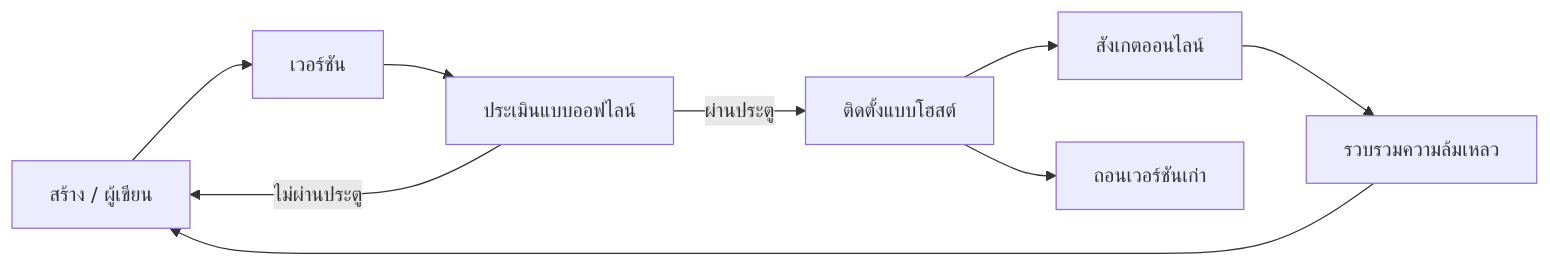
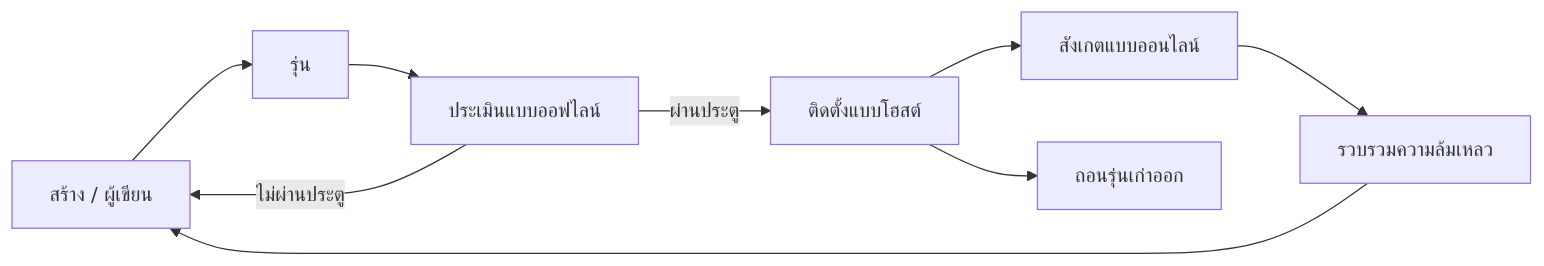
The second of 4 diagrams in translations/th/16-deploying-scalable-agents/README.md (microsoft/ai-agents-for-beginners), drawn with Mermaid before and after one commit. The commit also changed other lines of this file and 46 other files, not shown here.

````diff
--- a/translations/th/16-deploying-scalable-agents/README.md
+++ b/translations/th/16-deploying-scalable-agents/README.md
@@ -108,11 +108,11 @@
 ```mermaid
 flowchart LR
-    Create[สร้าง / ผู้เขียน] --> Version[เวอร์ชัน]
+    Create[สร้าง / ผู้เขียน] --> Version[รุ่น]
     Version --> Evaluate[ประเมินแบบออฟไลน์]
     Evaluate -->|ผ่านประตู| Deploy[ติดตั้งแบบโฮสต์]
     Evaluate -->|ไม่ผ่านประตู| Create
-    Deploy --> Observe[สังเกตออนไลน์]
+    Deploy --> Observe[สังเกตแบบออนไลน์]
     Observe --> Improve[รวบรวมความล้มเหลว]
     Improve --> Create
-    Deploy --> Retire[ถอนเวอร์ชันเก่า]
+    Deploy --> Retire[ถอนรุ่นเก่าออก]
 ```
````
